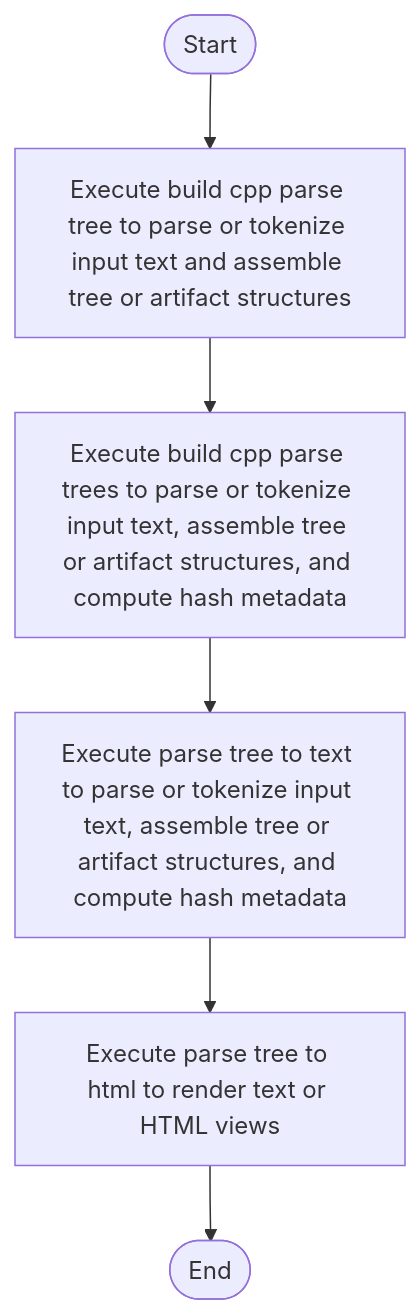
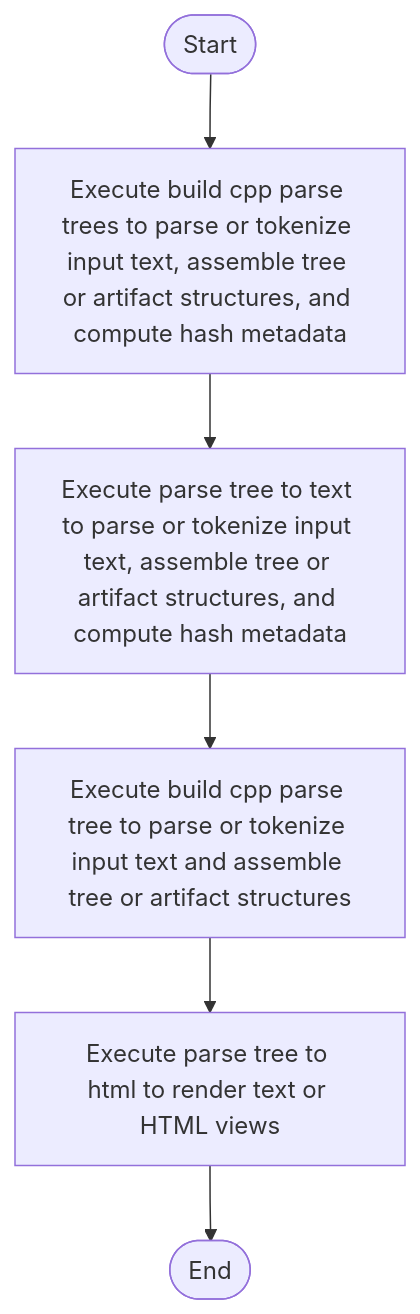
One commit to JohnAndrewBalbarosa/NeoTerritory changed the diagram in docs/Codebase/Microservice/Modules/Source/SyntacticBrokenAST/ParseTree/core.cpp.md. Above: the diagram before and after it, drawn with Mermaid. The commit also changed 148 other files, not shown here.

````diff
--- a/docs/Codebase/Microservice/Modules/Source/SyntacticBrokenAST/ParseTree/core.cpp.md
+++ b/docs/Codebase/Microservice/Modules/Source/SyntacticBrokenAST/ParseTree/core.cpp.md
@@ -35,14 +35,14 @@
 ```mermaid
 flowchart TD
     Start([Start])
-    N0[Execute build cpp parse tree to parse or tokenize input text and assemble tree or artifact structures]
-    N1[Execute build cpp parse trees to parse or tokenize input text, assemble tree or artifact structures, and compute hash metadata]
-    N2[Execute parse tree to text to parse or tokenize input text, assemble tree or artifact structures, and compute hash metadata]
+    N0[Execute build cpp parse trees to parse or tokenize input text, assemble tree or artifact structures, and compute hash metadata]
+    N1[Execute parse tree to text to parse or tokenize input text, assemble tree or artifact structures, and compute hash metadata]
+    N2[Execute build cpp parse tree to parse or tokenize input text and assemble tree or artifact structures]
     N3[Execute parse tree to html to render text or HTML views]
     End([End])
     Start --> N0
     N0 --> N1
     N1 --> N2
     N2 --> N3
     N3 --> End
 ```
````
